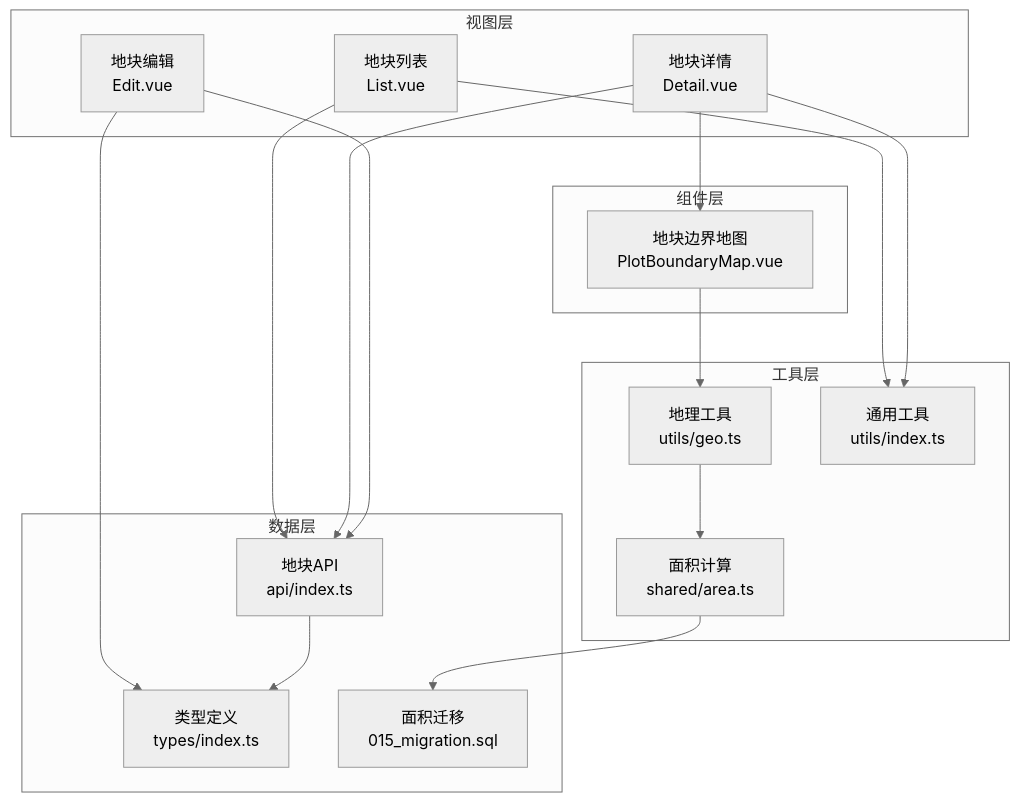
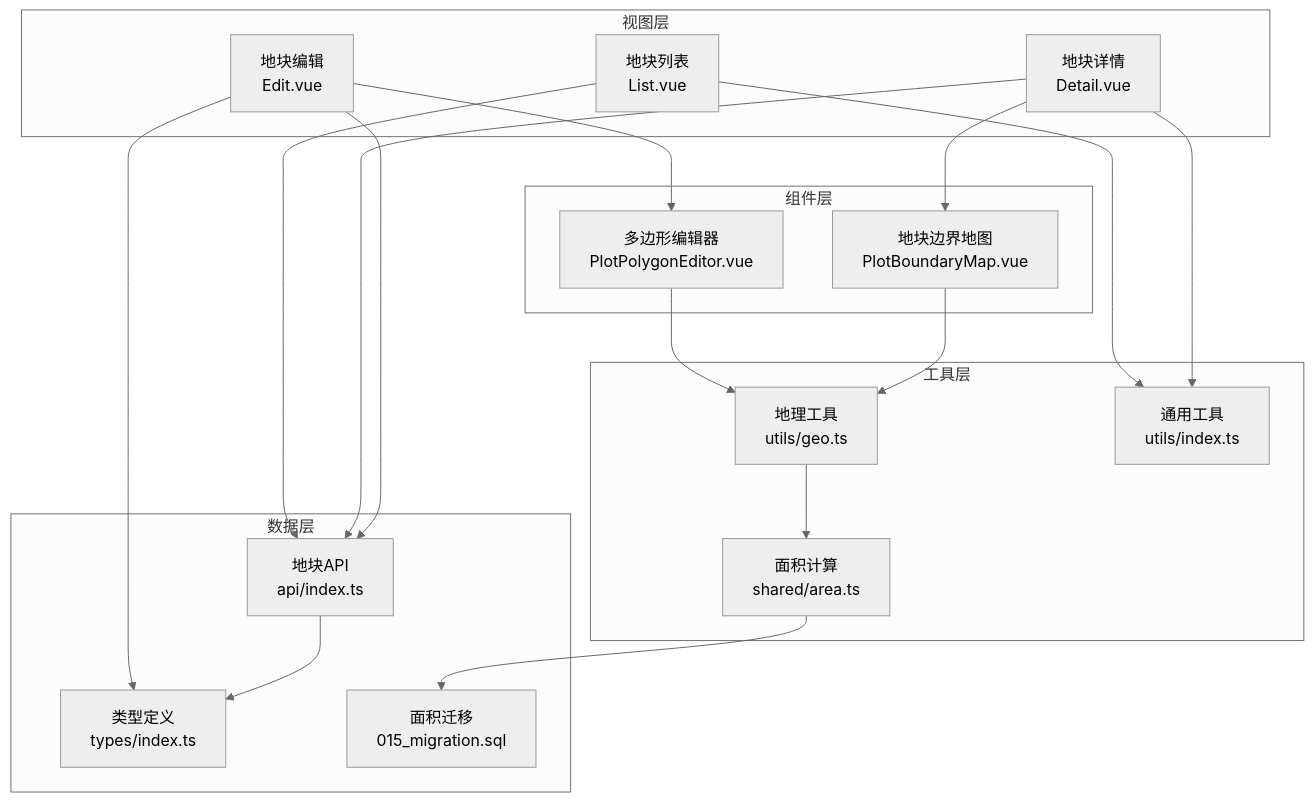
The first of 11 diagrams in .qoder/repowiki/zh/content/前端应用文档/核心页面/地块管理页面/地块管理页面.md (q446328246/agri-platform), drawn with Mermaid (neutral theme) before and after one commit. The commit also changed other lines of this file and 52 other files, not shown here.

````diff
--- a/.qoder/repowiki/zh/content/前端应用文档/核心页面/地块管理页面/地块管理页面.md
+++ b/.qoder/repowiki/zh/content/前端应用文档/核心页面/地块管理页面/地块管理页面.md
@@ -54,32 +56,35 @@
 ```mermaid
 graph TB
 subgraph "视图层"
 List["地块列表<br/>List.vue"]
 Detail["地块详情<br/>Detail.vue"]
 Edit["地块编辑<br/>Edit.vue"]
 end
 subgraph "组件层"
 MapComp["地块边界地图<br/>PlotBoundaryMap.vue"]
+PolygonEditor["多边形编辑器<br/>PlotPolygonEditor.vue"]
 end
 subgraph "工具层"
 GeoUtils["地理工具<br/>utils/geo.ts"]
 CommonUtils["通用工具<br/>utils/index.ts"]
 AreaCalc["面积计算<br/>shared/area.ts"]
 end
 subgraph "数据层"
 Api["地块API<br/>api/index.ts"]
 Types["类型定义<br/>types/index.ts"]
 Migration["面积迁移<br/>015_migration.sql"]
 end
 List --> Api
 Detail --> Api
 Edit --> Api
 Detail --> MapComp
+Edit --> PolygonEditor
+PolygonEditor --> GeoUtils
 MapComp --> GeoUtils
 List --> CommonUtils
 Detail --> CommonUtils
 Edit --> Types
 Api --> Types
 GeoUtils --> AreaCalc
 AreaCalc --> Migration
 ```
````
